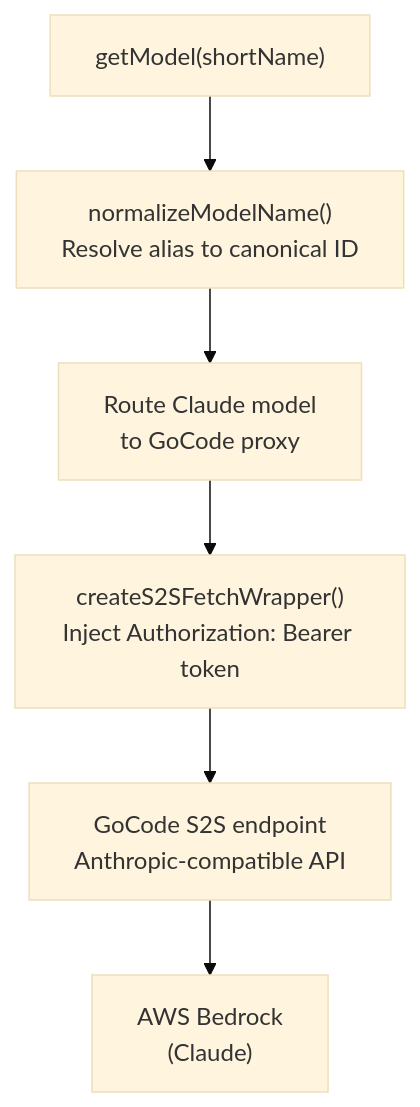
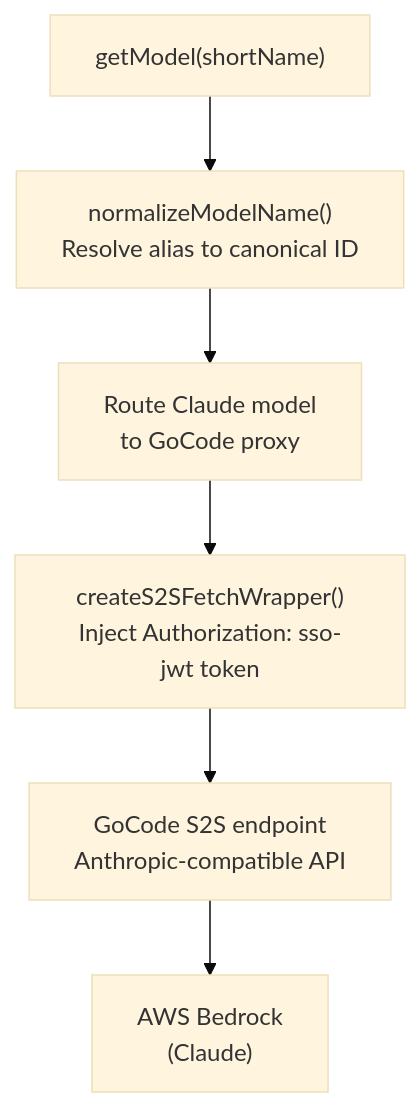
The sixth of 9 diagrams in docs/ai-system-architecture.md (hsharif-godaddy/hackathon2026), drawn with Mermaid (base theme) before and after one commit. The commit also changed other lines of this file and 5 other files, not shown here.

First line of the commit message:
feat(ai-lib): use sso-jwt scheme for GoCode S2S auth header (#3862)

````diff
--- a/docs/ai-system-architecture.md
+++ b/docs/ai-system-architecture.md
@@ -209,8 +209,8 @@
 ```mermaid
 flowchart TD
     GetModel["getModel(shortName)"] --> Normalize["normalizeModelName()<br/>Resolve alias to canonical ID"]
     Normalize --> Route["Route Claude model<br/>to GoCode proxy"]
-    Route --> S2S["createS2SFetchWrapper()<br/>Inject Authorization: Bearer token"]
+    Route --> S2S["createS2SFetchWrapper()<br/>Inject Authorization: sso-jwt token"]
     S2S --> GoCode["GoCode S2S endpoint<br/>Anthropic-compatible API"]
     GoCode --> Bedrock["AWS Bedrock<br/>(Claude)"]
 ```
````
